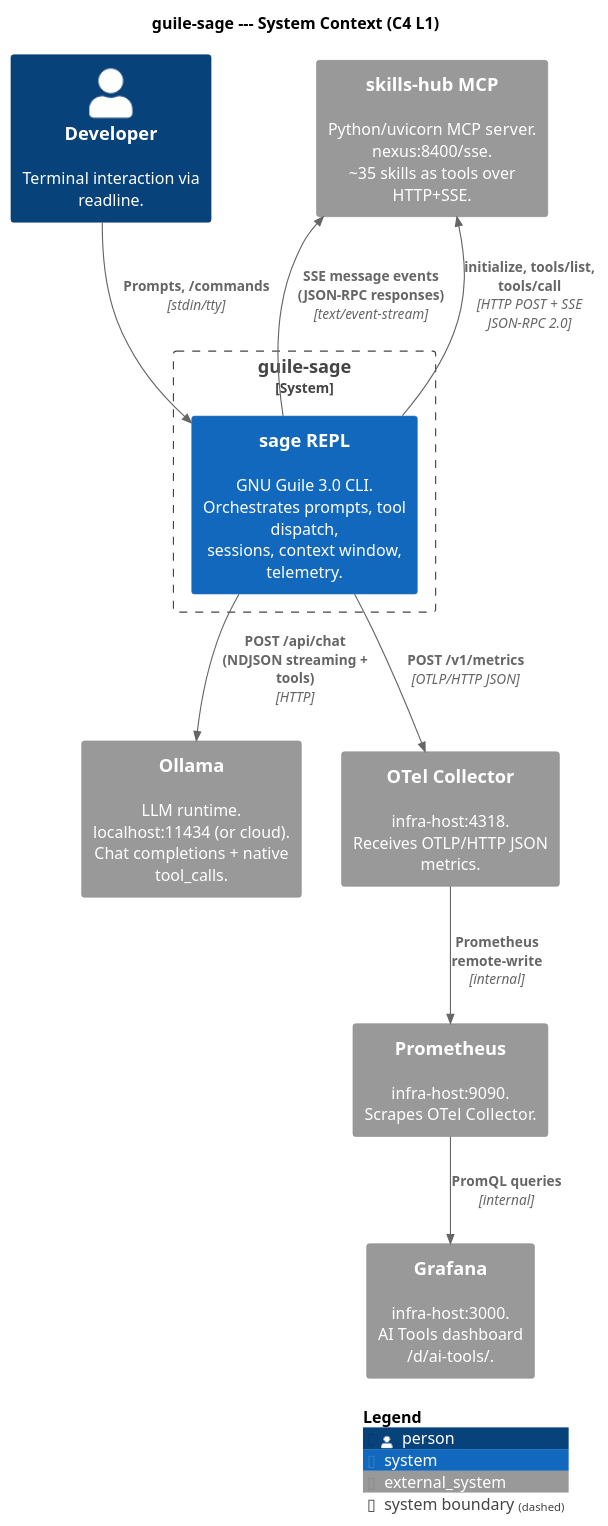
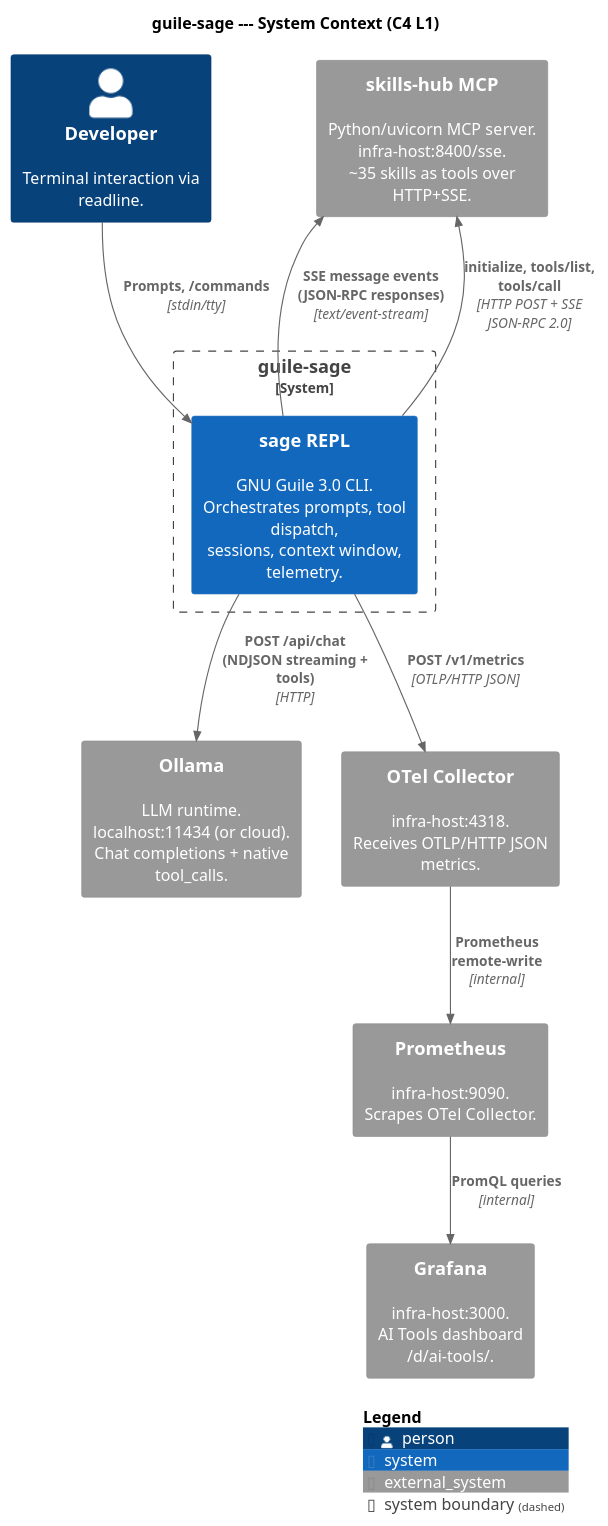
Before and after one commit to dsp-dr/guile-sage: the first of 5 diagrams in docs/ARCHITECTURE.org, drawn with PlantUML. The commit also changed other lines of this file and 16 other files, not shown here.

```diff
--- a/docs/ARCHITECTURE.org
+++ b/docs/ARCHITECTURE.org
@@ -9,33 +9,33 @@
 #+BEGIN_SRC plantuml :file images/arch-c4-l1.png
 @startuml arch-c4-l1
 !include https://raw.githubusercontent.com/plantuml-stdlib/C4-PlantUML/master/C4_Context.puml
 
 title guile-sage --- System Context (C4 L1)
 
 Person(user, "Developer", "Terminal interaction via readline.")
 
 System_Boundary(sage_boundary, "guile-sage") {
   System(sage, "sage REPL", "GNU Guile 3.0 CLI.\nOrchestrates prompts, tool dispatch,\nsessions, context window, telemetry.")
 }
 
 System_Ext(ollama, "Ollama", "LLM runtime.\nlocalhost:11434 (or cloud).\nChat completions + native tool_calls.")
 
-System_Ext(skills_hub, "skills-hub MCP", "Python/uvicorn MCP server.\nnexus:8400/sse.\n~35 skills as tools over HTTP+SSE.")
+System_Ext(skills_hub, "skills-hub MCP", "Python/uvicorn MCP server.\ninfra-host:8400/sse.\n~35 skills as tools over HTTP+SSE.")
 
 System_Ext(otel, "OTel Collector", "infra-host:4318.\nReceives OTLP/HTTP JSON metrics.")
 
 System_Ext(prometheus, "Prometheus", "infra-host:9090.\nScrapes OTel Collector.")
 
 System_Ext(grafana, "Grafana", "infra-host:3000.\nAI Tools dashboard /d/ai-tools/.")
 
 Rel(user, sage, "Prompts, /commands", "stdin/tty")
 Rel(sage, ollama, "POST /api/chat\n(NDJSON streaming + tools)", "HTTP")
 Rel(sage, skills_hub, "initialize, tools/list, tools/call", "HTTP POST + SSE\nJSON-RPC 2.0")
 Rel(sage, otel, "POST /v1/metrics", "OTLP/HTTP JSON")
 Rel(otel, prometheus, "Prometheus remote-write", "internal")
 Rel(prometheus, grafana, "PromQL queries", "internal")
 Rel_Back(skills_hub, sage, "SSE message events\n(JSON-RPC responses)", "text/event-stream")
 
 SHOW_LEGEND()
 @enduml
 #+END_SRC
```
